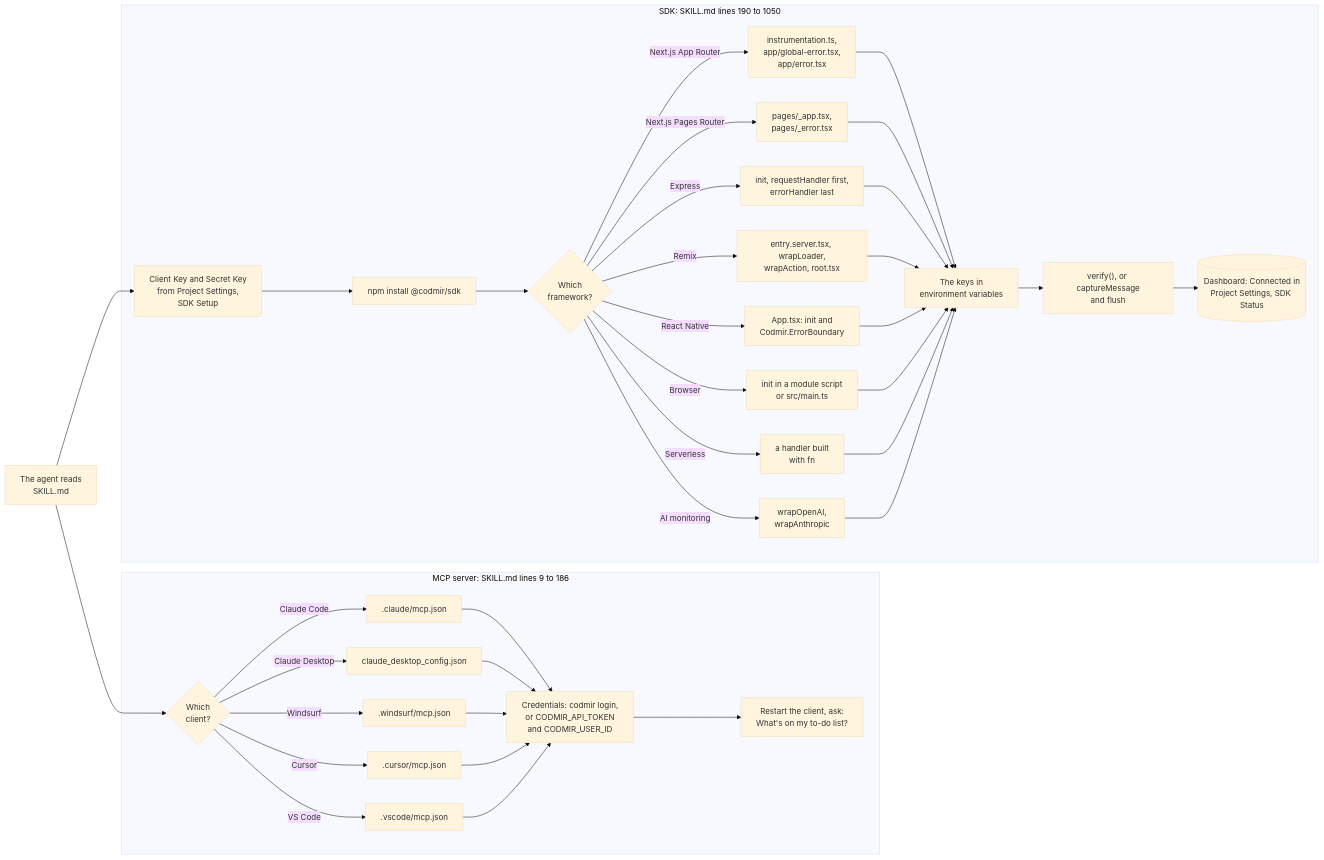
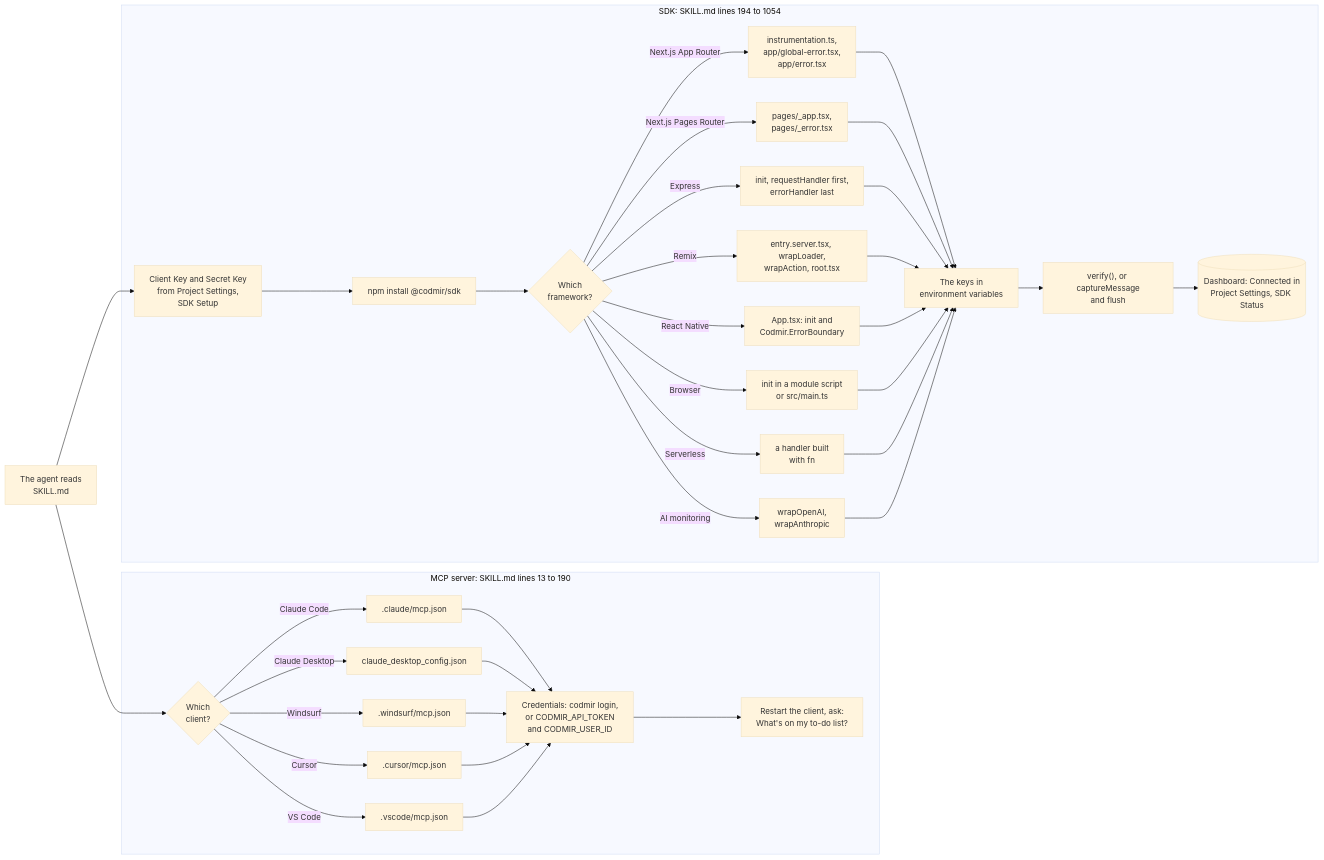
Before and after one commit to codmir-labs/skill: the diagram in README.md, drawn with Mermaid (base theme). The commit also changed other lines of this file and 1 other file, not shown here.

First line of the commit message:
fix: SKILL.md > frontmatter so every client loads it (#2)

````diff
--- a/README.md
+++ b/README.md
@@ -316,41 +309,41 @@
 ```mermaid
 flowchart LR
     L["The agent reads<br/>SKILL.md"] --> M1
     L --> S1
-    subgraph MCP ["MCP server: SKILL.md lines 9 to 186"]
+    subgraph MCP ["MCP server: SKILL.md lines 13 to 190"]
         M1{"Which<br/>client?"}
         M1 -- "Claude Code" --> C1[".claude/mcp.json"]
         M1 -- "Claude Desktop" --> C2["claude_desktop_config.json"]
         M1 -- "Windsurf" --> C3[".windsurf/mcp.json"]
         M1 -- "Cursor" --> C4[".cursor/mcp.json"]
         M1 -- "VS Code" --> C5[".vscode/mcp.json"]
         C1 --> A
         C2 --> A
         C3 --> A
         C4 --> A
         C5 --> A
         A["Credentials: codmir login,<br/>or CODMIR_API_TOKEN<br/>and CODMIR_USER_ID"] --> V1["Restart the client, ask:<br/>What's on my to-do list?"]
     end
-    subgraph SDK ["SDK: SKILL.md lines 190 to 1050"]
+    subgraph SDK ["SDK: SKILL.md lines 194 to 1054"]
         S1["Client Key and Secret Key<br/>from Project Settings,<br/>SDK Setup"] --> S2["npm install @codmir/sdk"]
         S2 --> S3{"Which<br/>framework?"}
         S3 -- "Next.js App Router" --> F1["instrumentation.ts,<br/>app/global-error.tsx,<br/>app/error.tsx"]
         S3 -- "Next.js Pages Router" --> F2["pages/_app.tsx,<br/>pages/_error.tsx"]
         S3 -- "Express" --> F3["init, requestHandler first,<br/>errorHandler last"]
         S3 -- "Remix" --> F4["entry.server.tsx, wrapLoader,<br/>wrapAction, root.tsx"]
         S3 -- "React Native" --> F5["App.tsx: init and<br/>Codmir.ErrorBoundary"]
         S3 -- "Browser" --> F6["init in a module script<br/>or src/main.ts"]
         S3 -- "Serverless" --> F7["a handler built<br/>with fn"]
         S3 -- "AI monitoring" --> F8["wrapOpenAI,<br/>wrapAnthropic"]
         F1 --> E
         F2 --> E
         F3 --> E
         F4 --> E
         F5 --> E
         F6 --> E
         F7 --> E
         F8 --> E
         E["The keys in<br/>environment variables"] --> S5["verify(), or captureMessage<br/>and flush"]
         S5 --> D[("Dashboard: Connected in<br/>Project Settings, SDK Status")]
     end
 ```
````
